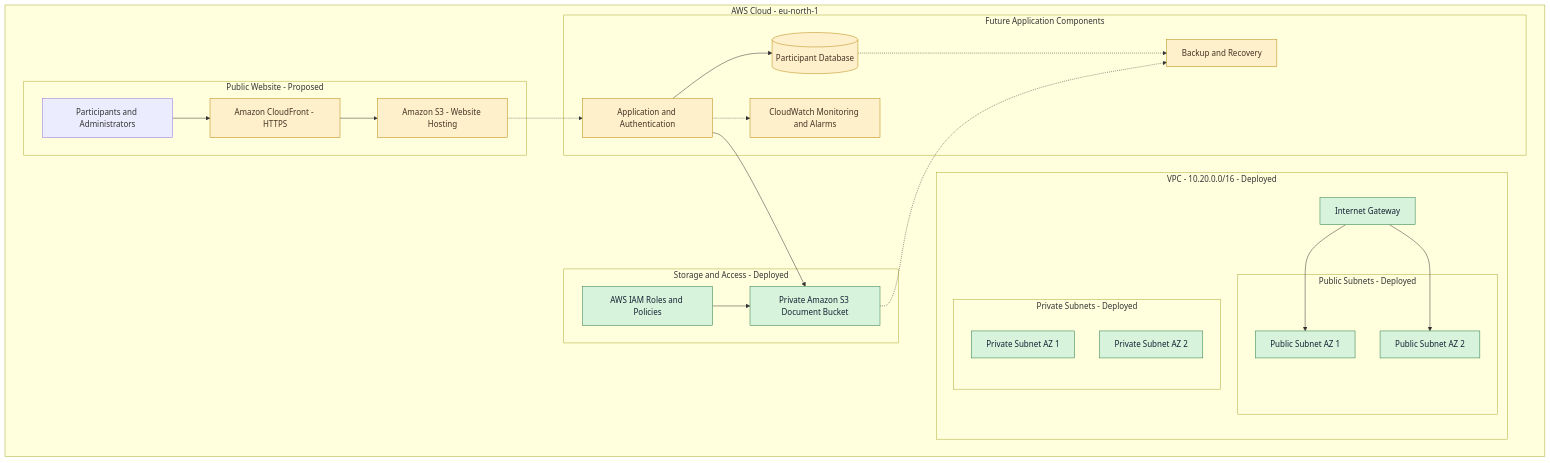
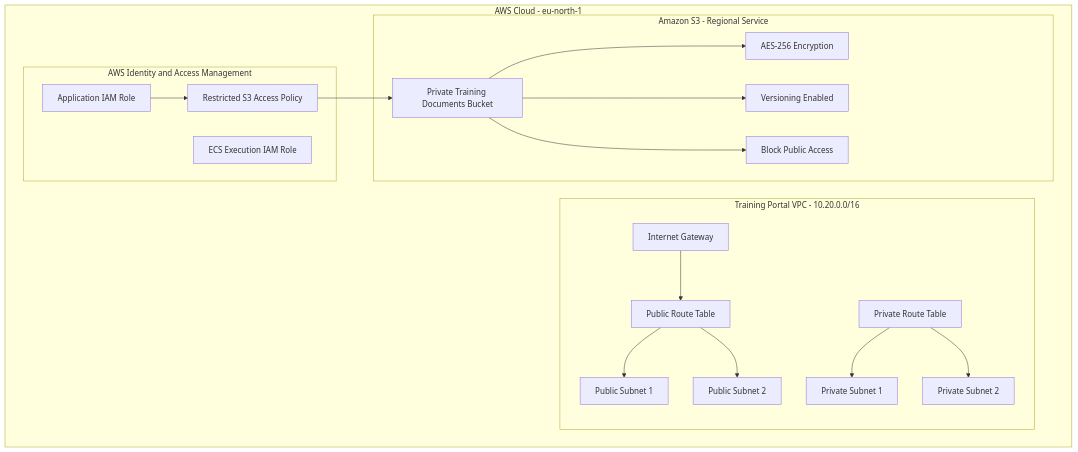
Before and after one commit to Goldenboy125/training-portal-terraform: the diagram in docs/architecture.md, drawn with Mermaid. The commit also changed other lines of this file, not shown here.

Commit message:
Add actual deployed AWS architecture diagram

````diff
--- a/docs/architecture.md
+++ b/docs/architecture.md
@@ -6,52 +6,40 @@
 ```mermaid
 flowchart TB
-    U[Participants and Administrators]
+    subgraph AWS["AWS Cloud - eu-north-1"]
+        subgraph VPC["Training Portal VPC - 10.20.0.0/16"]
+            IGW["Internet Gateway"]
+            PUBRT["Public Route Table"]
+            PRIVRT["Private Route Table"]
+            P1["Public Subnet 1"]
+            P2["Public Subnet 2"]
+            S1["Private Subnet 1"]
+            S2["Private Subnet 2"]
 
-    subgraph AWS["AWS Cloud - eu-north-1"]
-        subgraph PUBLIC["Public Website - Proposed"]
-            CF[Amazon CloudFront - HTTPS]
-            WEB[Amazon S3 - Website Hosting]
-            U --> CF
-            CF --> WEB
+            IGW --> PUBRT
+            PUBRT --> P1
+            PUBRT --> P2
+            PRIVRT --> S1
+            PRIVRT --> S2
         end
 
-        subgraph NETWORK["VPC - 10.20.0.0/16 - Deployed"]
-            IGW[Internet Gateway]
-            subgraph PUB["Public Subnets - Deployed"]
-                P1[Public Subnet AZ 1]
-                P2[Public Subnet AZ 2]
-            end
-            subgraph PRIV["Private Subnets - Deployed"]
-                S1[Private Subnet AZ 1]
-                S2[Private Subnet AZ 2]
-            end
-            IGW --> P1
-            IGW --> P2
+        subgraph STORAGE["Amazon S3 - Regional Service"]
+            BUCKET["Private Training Documents Bucket"]
+            ENC["AES-256 Encryption"]
+            VER["Versioning Enabled"]
+            BLOCK["Block Public Access"]
+
+            BUCKET --> ENC
+            BUCKET --> VER
+            BUCKET --> BLOCK
         end
 
-        subgraph SECURITY["Storage and Access - Deployed"]
-            IAM[AWS IAM Roles and Policies]
-            DOC[Private Amazon S3 Document Bucket]
+        subgraph IAM["AWS Identity and Access Management"]
+            APP["Application IAM Role"]
+            POLICY["Restricted S3 Access Policy"]
+            EXEC["ECS Execution IAM Role"]
+
+            APP --> POLICY
+            POLICY --> BUCKET
         end
-
-        subgraph FUTURE["Future Application Components"]
-            APP[Application and Authentication]
-            DB[(Participant Database)]
-            CW[CloudWatch Monitoring and Alarms]
-            BK[Backup and Recovery]
-        end
-
-        WEB -.-> APP
-        APP --> DB
-        APP --> DOC
-        IAM --> DOC
-        APP -.-> CW
-        DB -.-> BK
-        DOC -.-> BK
     end
-
-    classDef deployed fill:#d8f3dc,stroke:#287a45,color:#123;
-    classDef planned fill:#fff0cc,stroke:#b8860b,color:#432;
-    class VPC,IGW,P1,P2,S1,S2,IAM,DOC deployed;
-    class CF,WEB,APP,DB,CW,BK planned;
 ```
````
